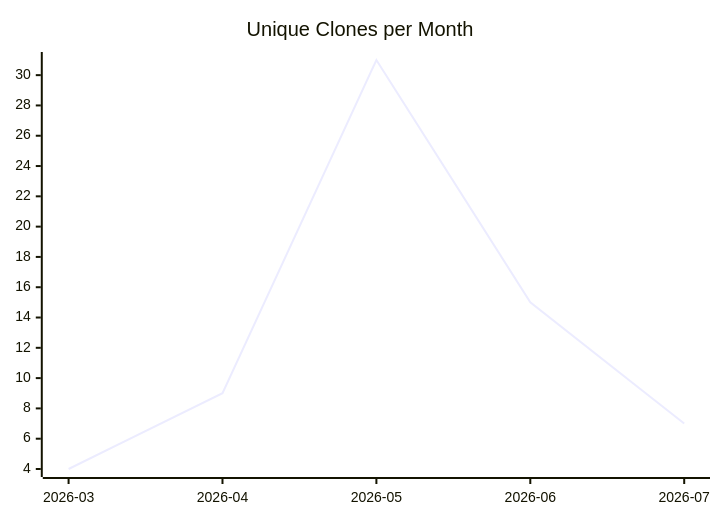
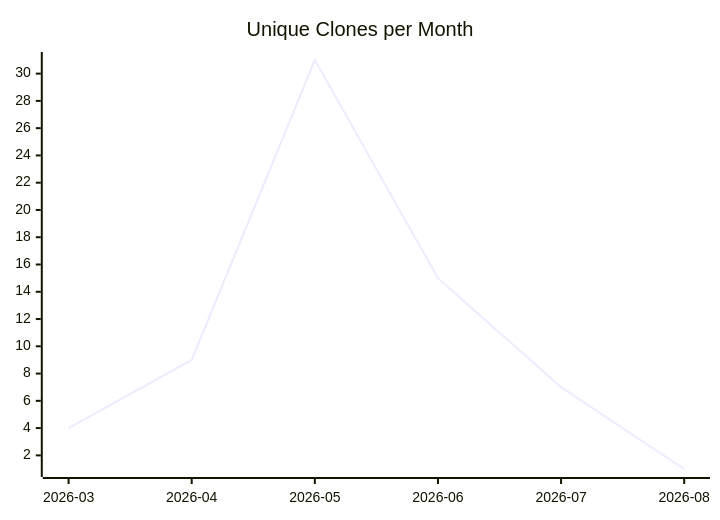
The third of 3 diagrams in karlmdavis/ansible-role-rcm-dotfiles/README.md (justdavis-family/github-analytics-data), drawn with Mermaid before and after one commit. The commit also changed other lines of this file and 180 other files, not shown here.

````diff
--- a/karlmdavis/ansible-role-rcm-dotfiles/README.md
+++ b/karlmdavis/ansible-role-rcm-dotfiles/README.md
@@ -19,6 +19,6 @@
 ```mermaid
 xychart-beta
   title "Unique Clones per Month"
-  x-axis ["2026-03", "2026-04", "2026-05", "2026-06", "2026-07"]
-  line [4, 9, 31, 15, 7]
+  x-axis ["2026-03", "2026-04", "2026-05", "2026-06", "2026-07", "2026-08"]
+  line [4, 9, 31, 15, 7, 1]
 ```
````
